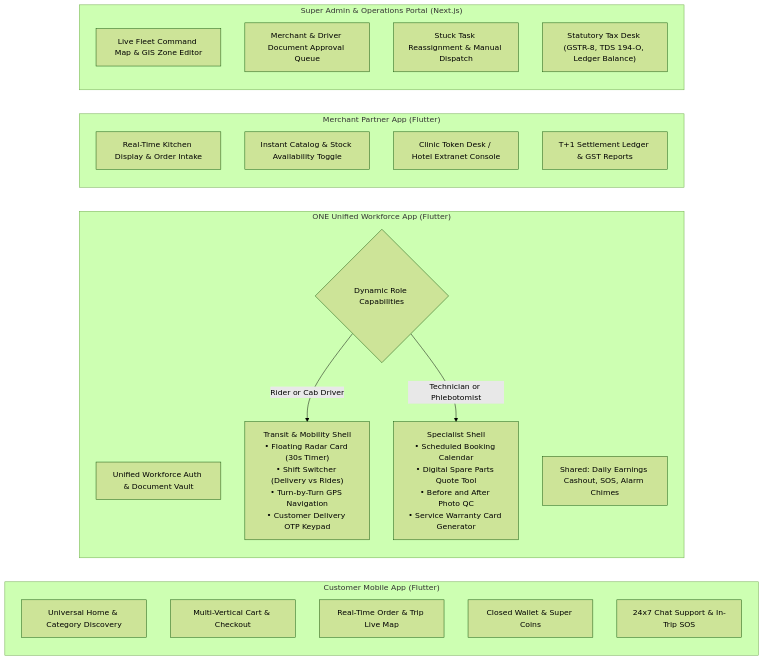
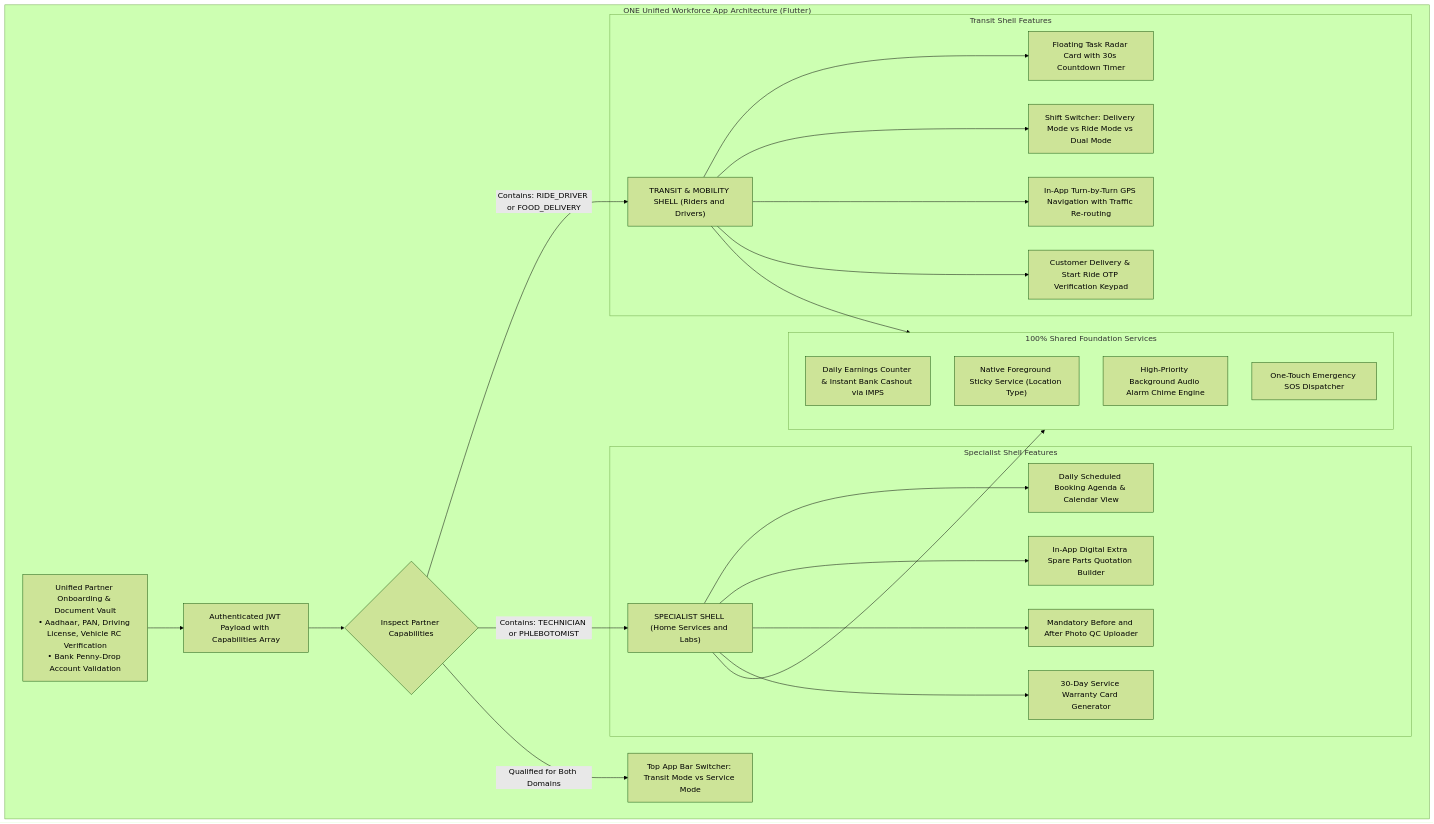
Before and after one commit to programmerfiroz/all-in-one: the third of 17 diagrams in docs/06_visual_hierarchy_and_flows/high_level_visual_hierarchy.md, drawn with Mermaid (forest theme). The commit also changed other lines of this file, not shown here.

Commit message:
docs: finalize exhaustive visual hierarchy blueprint (VHB-IND-V1.1) with 17 verified mermaid diagrams

````diff
--- a/docs/06_visual_hierarchy_and_flows/high_level_visual_hierarchy.md
+++ b/docs/06_visual_hierarchy_and_flows/high_level_visual_hierarchy.md
@@ -81,35 +119,37 @@
 ```mermaid
-graph LR
-    subgraph App_Customer["Customer Mobile App (Flutter)"]
-        C_UI["Universal Home & Category Discovery"]
-        C_Cart["Multi-Vertical Cart & Checkout"]
-        C_Track["Real-Time Order & Trip Live Map"]
-        C_Wallet["Closed Wallet & Super Coins"]
-        C_Help["24x7 Chat Support & In-Trip SOS"]
-    end
-
-    subgraph App_Workforce["ONE Unified Workforce App (Flutter)"]
-        W_Auth["Unified Workforce Auth & Document Vault"]
-        W_Mode{"Dynamic Role Capabilities"}
+graph TD
+    subgraph WorkforceApp["ONE Unified Workforce App Architecture (Flutter)"]
+        W_Auth["Unified Partner Onboarding & Document Vault<br/>• Aadhaar, PAN, Driving License, Vehicle RC Verification<br/>• Bank Penny-Drop Account Validation"]
         
-        W_Mode -->|Rider or Cab Driver| W_Transit["Transit & Mobility Shell<br/>• Floating Radar Card (30s Timer)<br/>• Shift Switcher (Delivery vs Rides)<br/>• Turn-by-Turn GPS Navigation<br/>• Customer Delivery OTP Keypad"]
+        W_Auth --> W_JWT["Authenticated JWT Payload with Capabilities Array"]
+        W_JWT --> W_ShellRouter{"Inspect Partner Capabilities"}
         
-        W_Mode -->|Technician or Phlebotomist| W_Spec["Specialist Shell<br/>• Scheduled Booking Calendar<br/>• Digital Spare Parts Quote Tool<br/>• Before and After Photo QC<br/>• Service Warranty Card Generator"]
+        W_ShellRouter -->|Contains: RIDE_DRIVER or FOOD_DELIVERY| W_TransitShell["TRANSIT & MOBILITY SHELL (Riders and Drivers)"]
+        W_ShellRouter -->|Contains: TECHNICIAN or PHLEBOTOMIST| W_SpecialistShell["SPECIALIST SHELL (Home Services and Labs)"]
+        W_ShellRouter -->|Qualified for Both Domains| W_DualToggle["Top App Bar Switcher: Transit Mode vs Service Mode"]
         
-        W_Common["Shared: Daily Earnings Cashout, SOS, Alarm Chimes"]
-    end
-
-    subgraph App_Merchant["Merchant Partner App (Flutter)"]
-        M_KDS["Real-Time Kitchen Display & Order Intake"]
-        M_Catalog["Instant Catalog & Stock Availability Toggle"]
-        M_Ops["Clinic Token Desk / Hotel Extranet Console"]
-        M_Fin["T+1 Settlement Ledger & GST Reports"]
-    end
-
-    subgraph App_Admin["Super Admin & Operations Portal (Next.js)"]
-        A_Map["Live Fleet Command Map & GIS Zone Editor"]
-        A_KYC["Merchant & Driver Document Approval Queue"]
-        A_Disp["Stuck Task Reassignment & Manual Dispatch"]
-        A_Tax["Statutory Tax Desk (GSTR-8, TDS 194-O, Ledger Balance)"]
+        subgraph TransitFeatures["Transit Shell Features"]
+            W_TransitShell --> W_Radar["Floating Task Radar Card with 30s Countdown Timer"]
+            W_TransitShell --> W_Shift["Shift Switcher: Delivery Mode vs Ride Mode vs Dual Mode"]
+            W_TransitShell --> W_Nav["In-App Turn-by-Turn GPS Navigation with Traffic Re-routing"]
+            W_TransitShell --> W_OTP["Customer Delivery & Start Ride OTP Verification Keypad"]
+        end
+        
+        subgraph SpecialistFeatures["Specialist Shell Features"]
+            W_SpecialistShell --> W_Cal["Daily Scheduled Booking Agenda & Calendar View"]
+            W_SpecialistShell --> W_Quote["In-App Digital Extra Spare Parts Quotation Builder"]
+            W_SpecialistShell --> W_QC["Mandatory Before and After Photo QC Uploader"]
+            W_SpecialistShell --> W_Cert["30-Day Service Warranty Card Generator"]
+        end
+        
+        subgraph SharedCore["100% Shared Foundation Services"]
+            W_Common1["Daily Earnings Counter & Instant Bank Cashout via IMPS"]
+            W_Common2["Native Foreground Sticky Service (Location Type)"]
+            W_Common3["High-Priority Background Audio Alarm Chime Engine"]
+            W_Common4["One-Touch Emergency SOS Dispatcher"]
+        end
+        
+        W_TransitShell --> SharedCore
+        W_SpecialistShell --> SharedCore
     end
 ```
````
